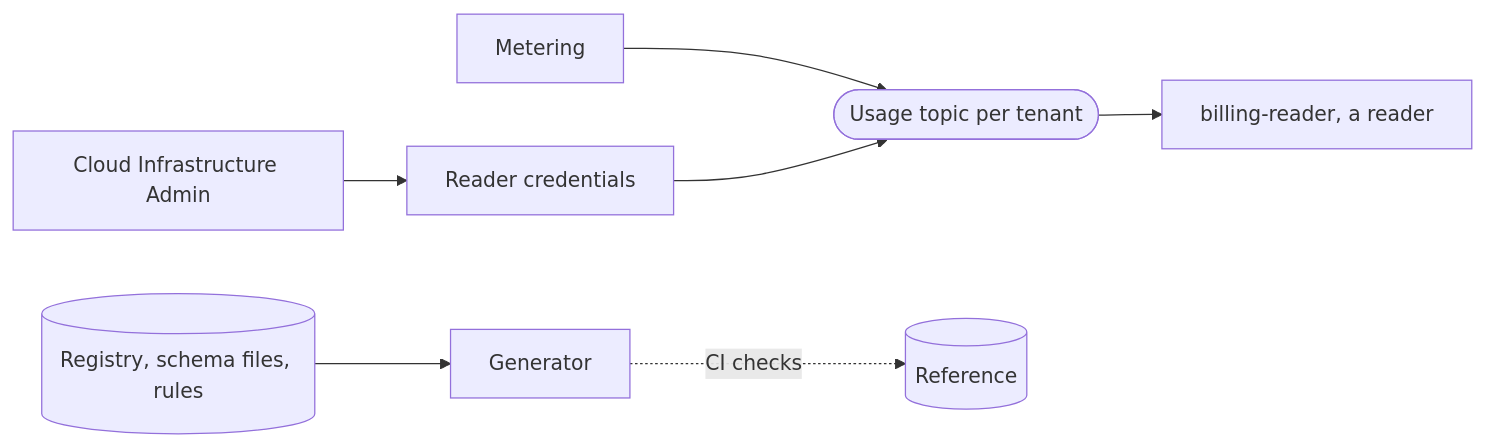
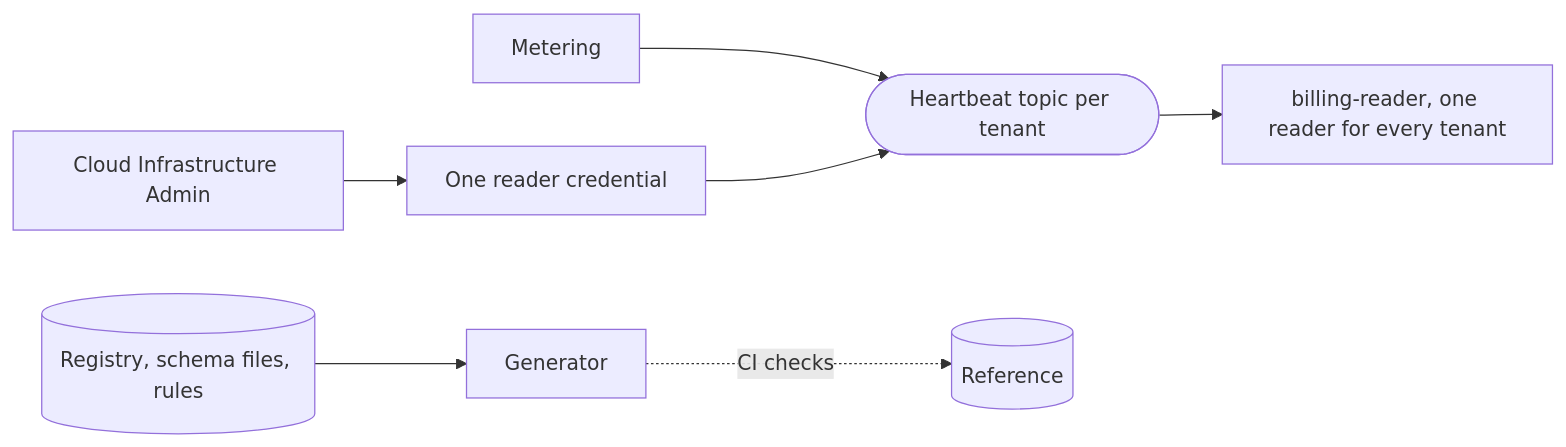
The diagram in enhancements/OSAC-6056-metering-event-contract/design.md (osac-project/enhancement-proposals), drawn with Mermaid before and after one commit. The commit also changed other lines of this file and 1 other file, not shown here.

First line of the commit message:
OSAC-6056: One reader, heartbeat topics

````diff
--- a/enhancements/OSAC-6056-metering-event-contract/design.md
+++ b/enhancements/OSAC-6056-metering-event-contract/design.md
@@ -74,7 +76,7 @@
 ```mermaid
 flowchart LR
-  met["Metering"] --> ue(["Usage topic per tenant"])
-  ue --> rd["billing-reader, a reader"]
+  met["Metering"] --> ue(["Heartbeat topic per tenant"])
+  ue --> rd["billing-reader, one reader for every tenant"]
   reg[("Registry, schema files, rules")] --> gen["Generator"] -. CI checks .-> ref[("Reference")]
-  admin["Cloud Infrastructure Admin"] --> cred["Reader credentials"] --> ue
+  admin["Cloud Infrastructure Admin"] --> cred["One reader credential"] --> ue
 ```
````
